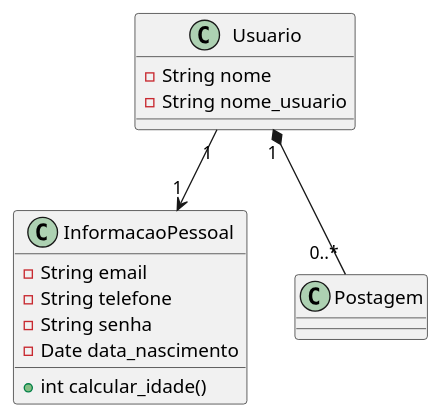
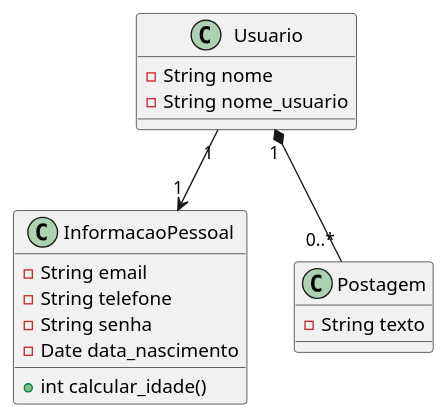
Before and after one commit to professortavares/techshot_poo2: the diagram in docs/diagrama_classe/principal.wsd, drawn with PlantUML. The commit also changed 17 other files, not shown here.

```diff
--- a/docs/diagrama_classe/principal.wsd
+++ b/docs/diagrama_classe/principal.wsd
@@ -1,21 +1,22 @@
 @startuml
 class Usuario {
     - String nome
     - String nome_usuario
 }
 
 class InformacaoPessoal {
     - String email
     - String telefone
     - String senha
     - Date data_nascimento
     + int calcular_idade()
 }
 
 class Postagem {
+   - String texto
 }
 
 Usuario "1"-->"1" InformacaoPessoal
 Usuario "1"*-- "0..*" Postagem
 
 @enduml
```
